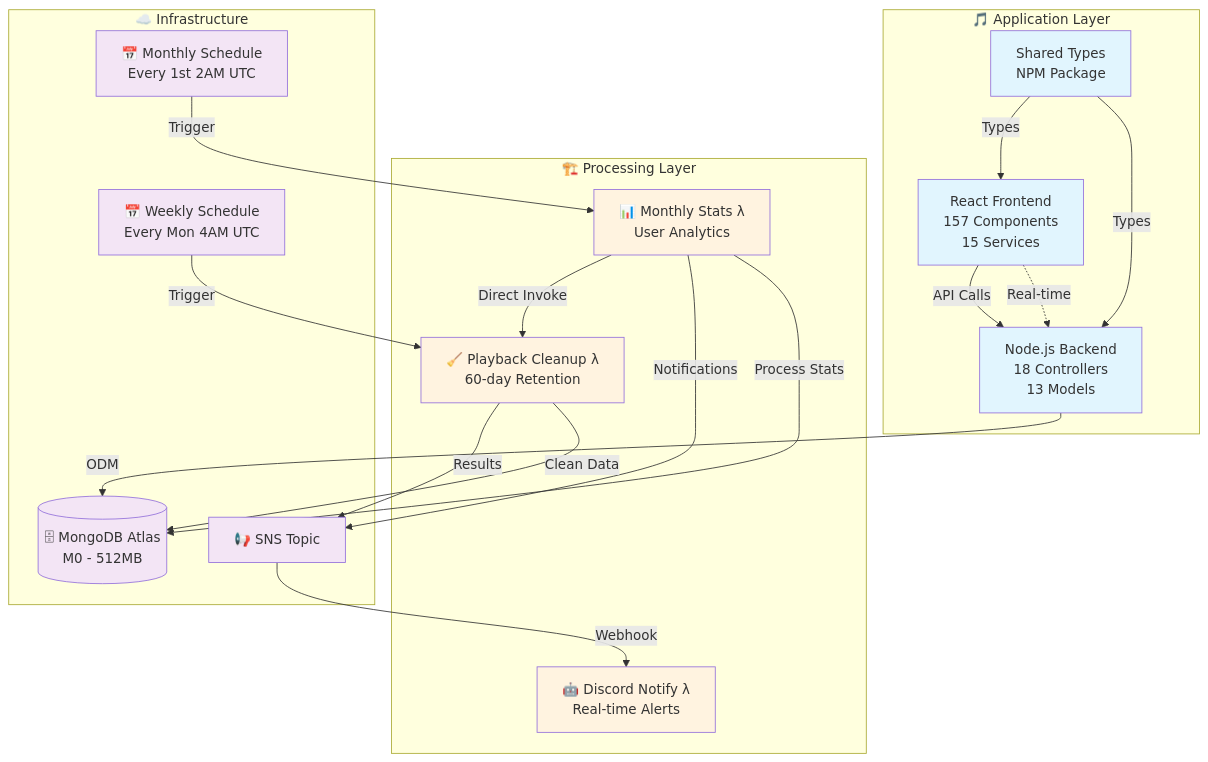
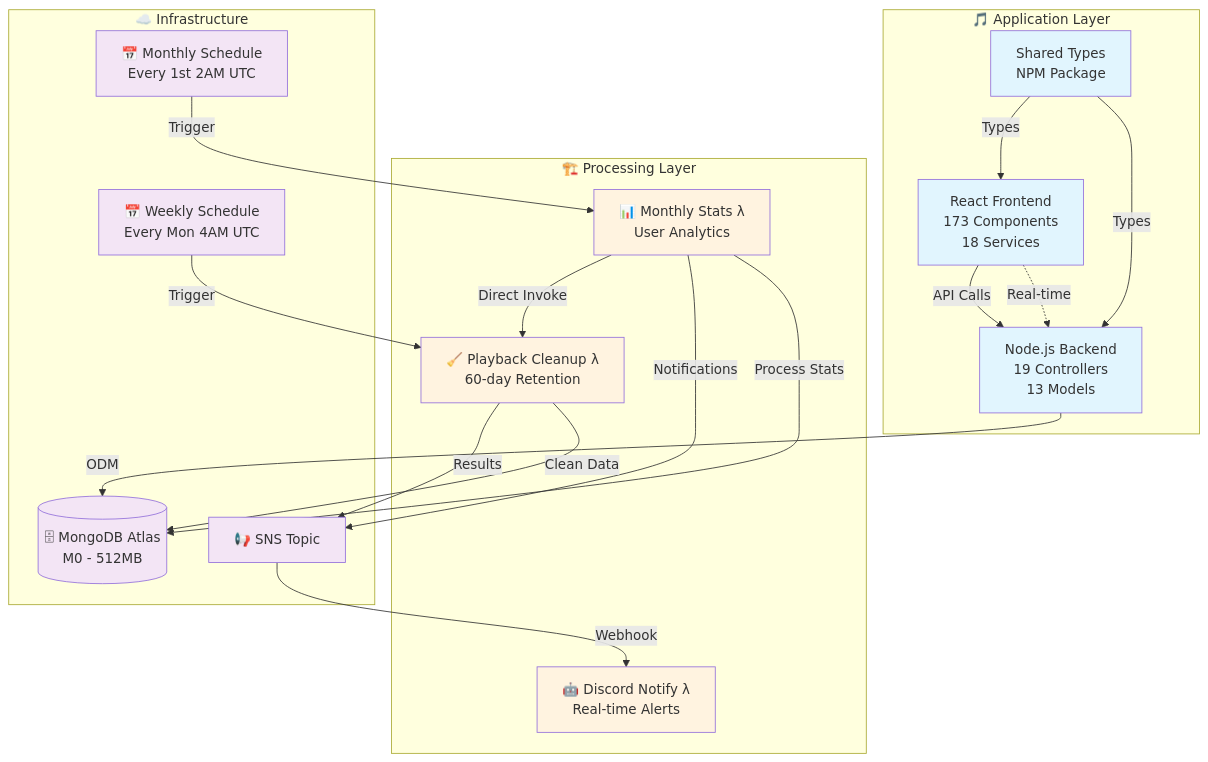
The diagram in README.md (JIAN11442/joytify-app), drawn with Mermaid before and after one commit. The commit also changed other lines of this file and 46 other files, not shown here.

````diff
--- a/README.md
+++ b/README.md
@@ -122,48 +120,48 @@
 ```mermaid
 graph TB
     subgraph "🎵 Application Layer"
-        FE[React Frontend<br/>157 Components<br/>15 Services]
-        BE[Node.js Backend<br/>18 Controllers<br/>13 Models]
+        FE[React Frontend<br/>173 Components<br/>18 Services]
+        BE[Node.js Backend<br/>19 Controllers<br/>13 Models]
         ST[Shared Types<br/>NPM Package]
     end
 
     subgraph "🏗️ Processing Layer"
         ML[📊 Monthly Stats λ<br/>User Analytics]
         CL[🧹 Playback Cleanup λ<br/>60-day Retention]
         DL[🤖 Discord Notify λ<br/>Real-time Alerts]
     end
 
     subgraph "☁️ Infrastructure"
         CW1[📅 Monthly Schedule<br/>Every 1st 2AM UTC]
         CW2[📅 Weekly Schedule<br/>Every Mon 4AM UTC]
         SNS[📢 SNS Topic]
         DB[(🗄 MongoDB Atlas<br/>M0 - 512MB)]
     end
 
     %% Application Layer
     FE -->|API Calls| BE
     FE -.->|Real-time| BE
     BE -->|ODM| DB
     ST -->|Types| FE
     ST -->|Types| BE
 
     %% Infrastructure to Processing
     CW1 -->|Trigger| ML
     CW2 -->|Trigger| CL
     ML -->|Direct Invoke| CL
     ML -->|Notifications| SNS
     CL -->|Results| SNS
     SNS -->|Webhook| DL
 
     %% Data flows
     ML -->|Process Stats| DB
     CL -->|Clean Data| DB
 
     classDef app fill:#e1f5fe
     classDef lambda fill:#fff3e0
     classDef infra fill:#f3e5f5
 
     class FE,BE,ST app
     class ML,CL,DL lambda
     class CW1,CW2,SNS,DB infra
 ```
````
